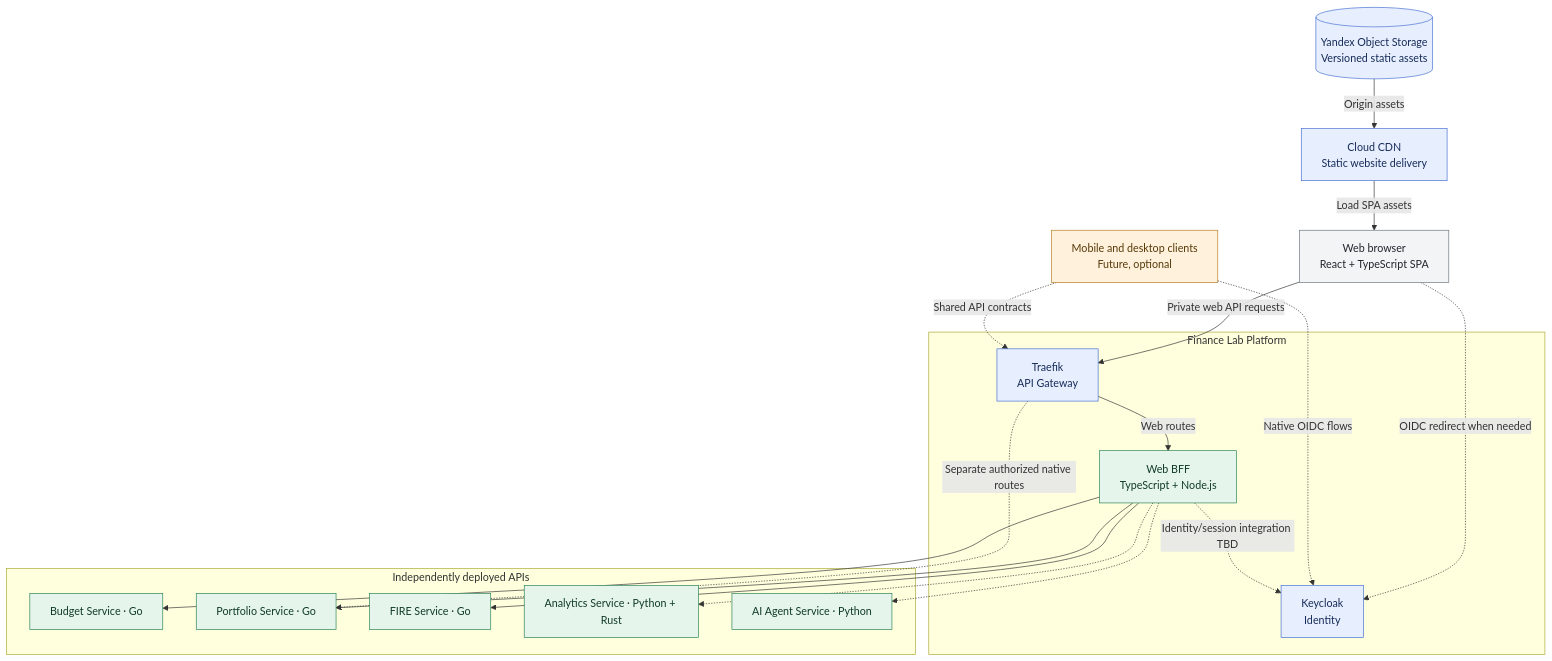
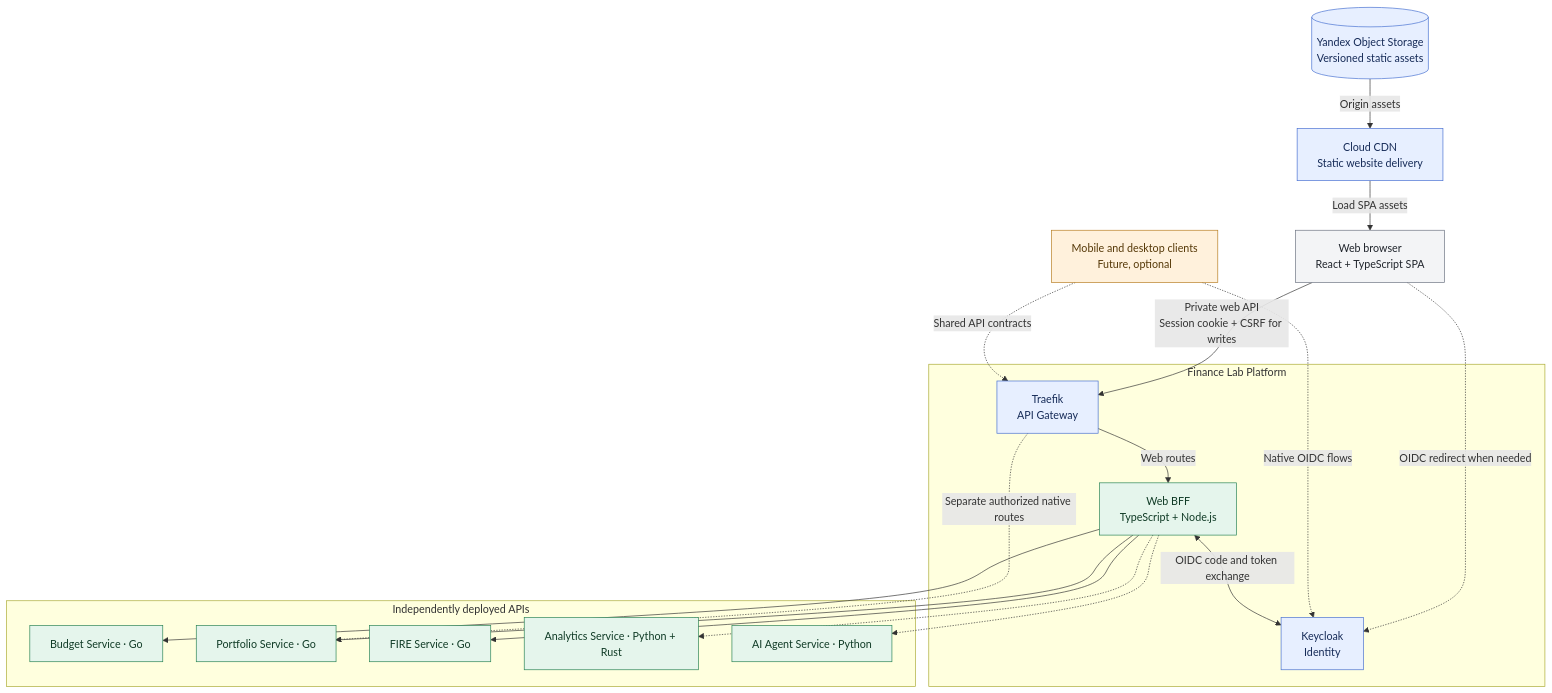
The diagram in docs/architecture/decisions/0010-independent-spa-and-api-first-clients.md (anton415/finance-lab), drawn with Mermaid before and after one commit. The commit also changed other lines of this file and 5 other files, not shown here.

First line of the commit message:
docs(architecture): accept ADR-013 BFF-managed browser sessions

````diff
--- a/docs/architecture/decisions/0010-independent-spa-and-api-first-clients.md
+++ b/docs/architecture/decisions/0010-independent-spa-and-api-first-clients.md
@@ -28,48 +28,48 @@
 ```mermaid
 flowchart TD
     ORIGIN[("Yandex Object Storage<br/>Versioned static assets")]
     CDN["Cloud CDN<br/>Static website delivery"]
     BROWSER["Web browser<br/>React + TypeScript SPA"]
 
     FUTURE["Mobile and desktop clients<br/>Future, optional"]
 
     subgraph PLATFORM["Finance Lab Platform"]
         GATEWAY["Traefik<br/>API Gateway"]
         IDP["Keycloak<br/>Identity"]
         BFF["Web BFF<br/>TypeScript + Node.js"]
     end
 
     subgraph APIS["Independently deployed APIs"]
         BUDGET["Budget Service · Go"]
         PORTFOLIO["Portfolio Service · Go"]
         FIRE["FIRE Service · Go"]
         ANALYTICS["Analytics Service · Python + Rust"]
         AGENT["AI Agent Service · Python"]
     end
 
     ORIGIN -->|"Origin assets"| CDN
     CDN -->|"Load SPA assets"| BROWSER
 
-    BROWSER -->|"Private web API requests"| GATEWAY
+    BROWSER -->|"Private web API<br/>Session cookie + CSRF for writes"| GATEWAY
     BROWSER -.->|"OIDC redirect when needed"| IDP
     FUTURE -.->|"Shared API contracts"| GATEWAY
     FUTURE -.->|"Native OIDC flows"| IDP
 
     GATEWAY -->|"Web routes"| BFF
-    BFF -.->|"Identity/session integration TBD"| IDP
+    BFF <-->|"OIDC code and token exchange"| IDP
     BFF --> BUDGET
     BFF --> PORTFOLIO
     BFF --> FIRE
     BFF -.-> ANALYTICS
     BFF -.-> AGENT
     GATEWAY -.->|"Separate authorized native routes"| PORTFOLIO
 
     classDef client fill:#F3F4F6,stroke:#6B7280,color:#20252C;
     classDef edge fill:#E7EFFF,stroke:#466FD1,color:#162B58;
     classDef service fill:#E5F5EC,stroke:#278254,color:#103B26;
     classDef future fill:#FFF1DC,stroke:#B77D20,color:#563908;
     class ORIGIN,CDN,GATEWAY,IDP edge;
     class BROWSER client;
     class FUTURE future;
     class BFF,BUDGET,PORTFOLIO,FIRE,ANALYTICS,AGENT service;
 ```
````
